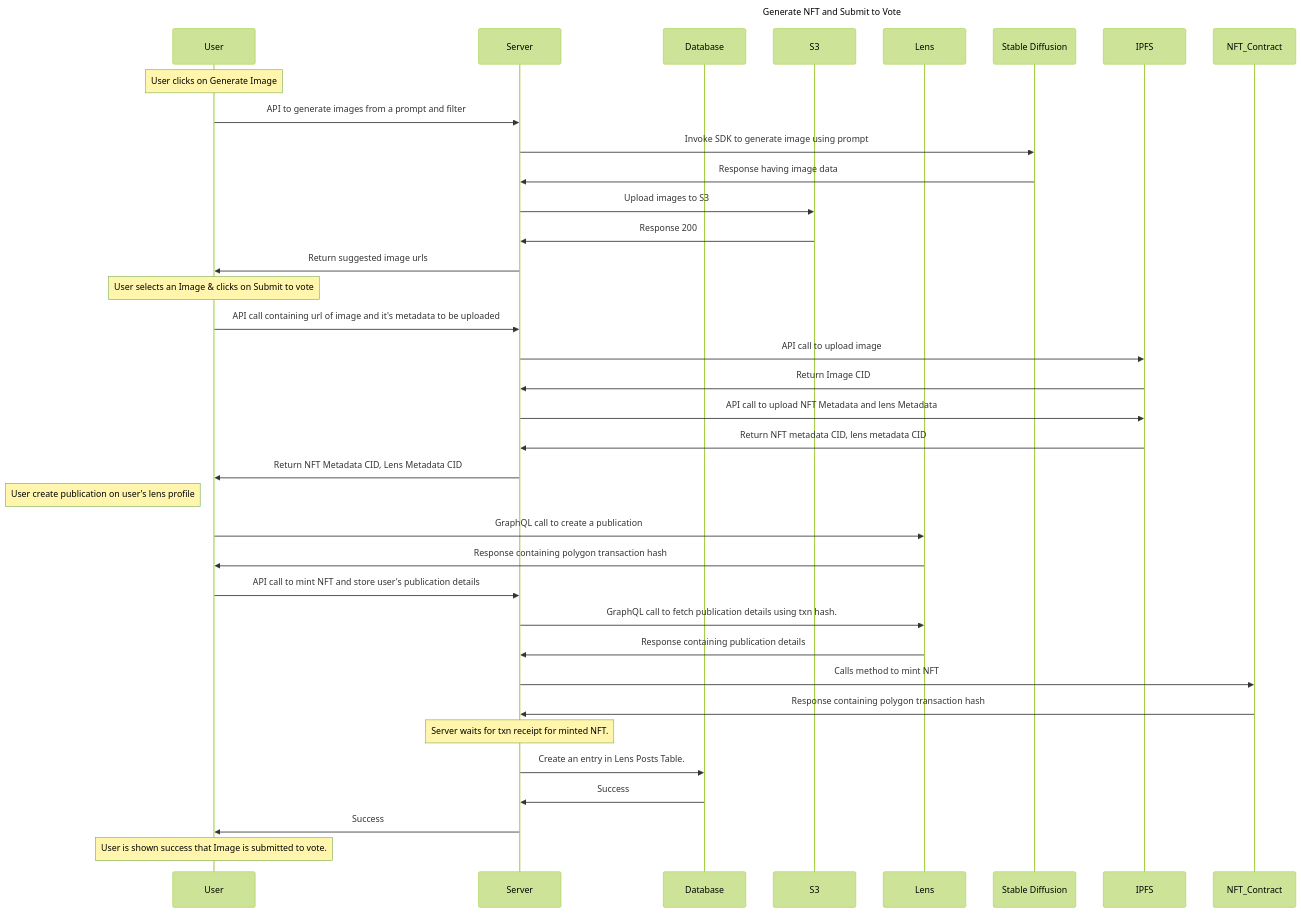
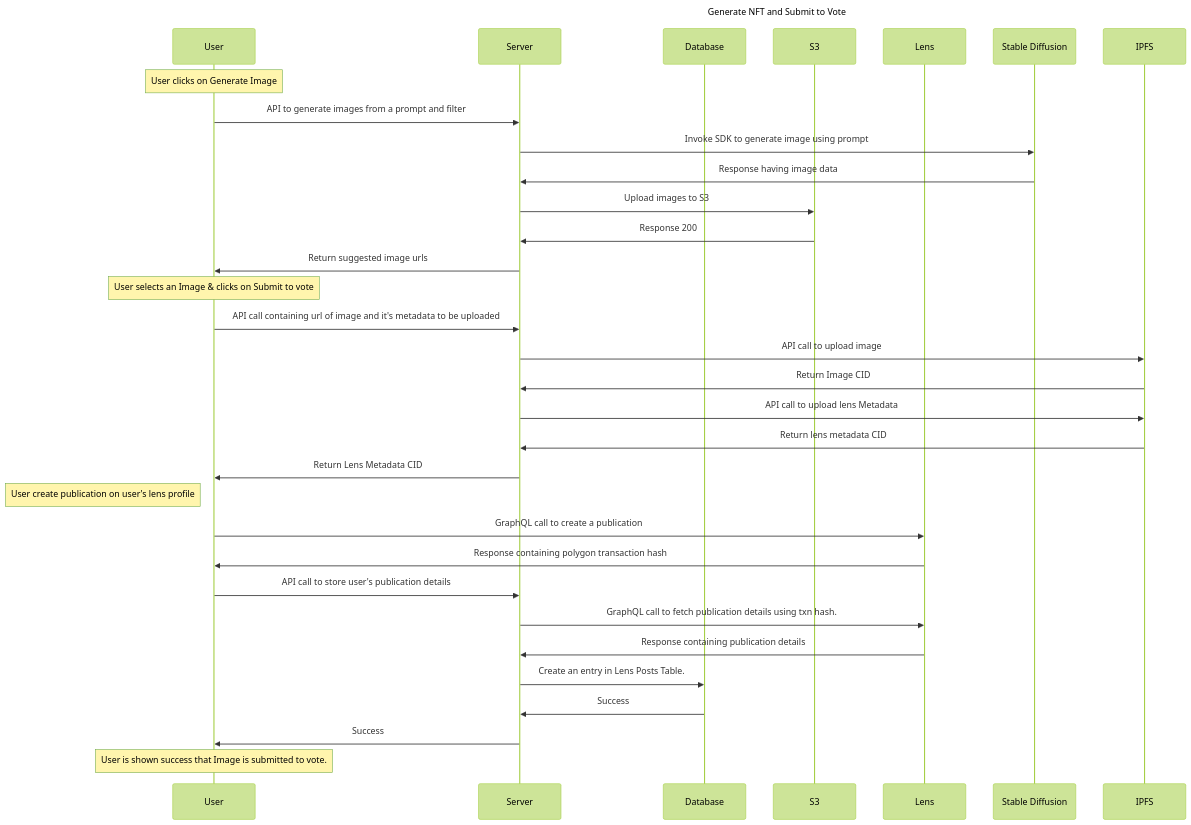
One commit to NFTorNOT/non-backend changed the diagram in docs/sequenceDiagrams/generateImageAndSubmitToVote.mermaid. Above: the diagram before and after it, drawn with Mermaid (forest theme).

Commit message:
updated dbSchema and sequence diagram

```diff
--- a/docs/sequenceDiagrams/generateImageAndSubmitToVote.mermaid
+++ b/docs/sequenceDiagrams/generateImageAndSubmitToVote.mermaid
@@ -1,62 +1,58 @@
 %% Documentation: https://github.com/mermaid-js/mermaid
 %% Editor: https://mermaid.live/edit
 
 sequenceDiagram
 title Generate NFT and Submit to Vote
 participant User
 participant Server
 participant DB as Database
 participant S3
 participant Lens
 participant SD as Stable Diffusion
 participant Ipfs as IPFS
-participant NFT as NFT_Contract
 
 Note over User: User clicks on Generate Image
 
 User->>Server: API to generate images from a prompt and filter
 Server->> SD: Invoke SDK to generate image using prompt
 SD->>Server: Response having image data
 Server->>S3: Upload images to S3
 S3->>Server: Response 200
 Server->>User: Return suggested image urls
 
 %% break
 %%   note over Server: If no query result, then log error
 %%   note over Server: If already published
 %% end
 
 Note over User: User selects an Image & clicks on Submit to vote
 
 User->>Server: API call containing url of image and it's metadata to be uploaded
 Server->>Ipfs: API call to upload image
 Ipfs->>Server: Return Image CID
 
-Server->>Ipfs: API call to upload NFT Metadata and lens Metadata
-Ipfs->>Server: Return NFT metadata CID, lens metadata CID
+Server->>Ipfs: API call to upload lens Metadata
+Ipfs->>Server: Return lens metadata CID
 
-Server->>User: Return NFT Metadata CID, Lens Metadata CID
+Server->>User: Return Lens Metadata CID
 
 
 %% break
 %%   note over Server: If error, log error
 %% end
 
 Note left of User: User create publication on user's lens profile
 
 User->>Lens: GraphQL call to create a publication
 Lens->>User: Response containing polygon transaction hash
 
 
-User->>Server: API call to mint NFT and store user's publication details
+User->>Server: API call to store user's publication details
 
 Server->>Lens: GraphQL call to fetch publication details using txn hash.
 Lens->>Server: Response containing publication details
-Server->>NFT: Calls method to mint NFT
-NFT->>Server: Response containing polygon transaction hash
-Note over Server: Server waits for txn receipt for minted NFT.
 Server->>DB: Create an entry in Lens Posts Table.
 DB->>Server: Success
 Server->>User: Success
 
 Note over User: User is shown success that Image is submitted to vote.
```
